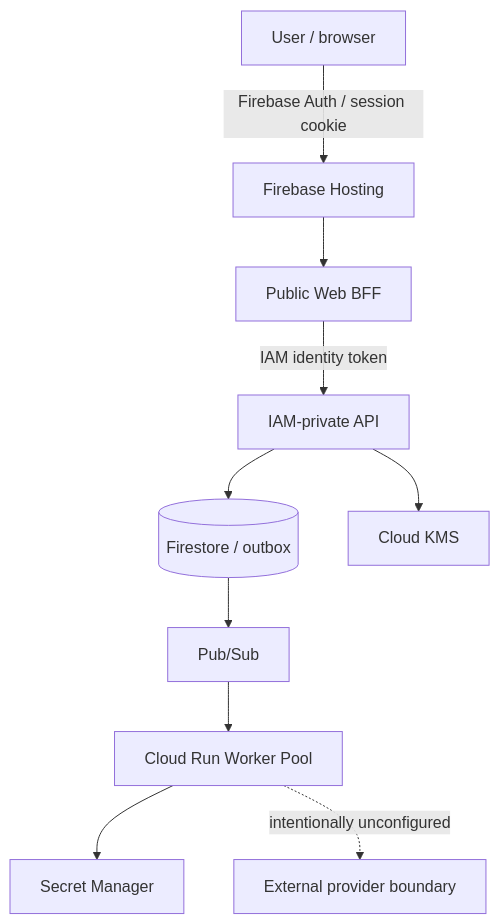
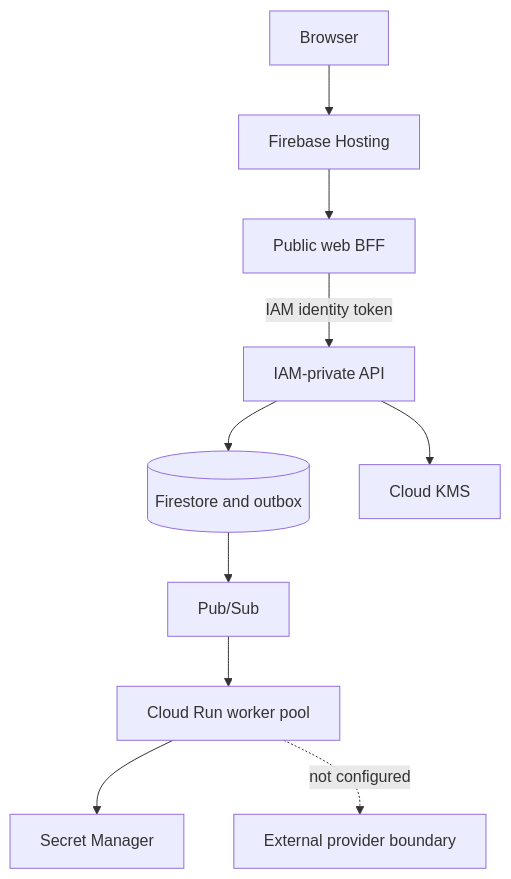
Before and after one commit to Adellaghmari/boundarymesh: the diagram in docs/ARCHITECTURE.md, drawn with Mermaid. The commit also changed other lines of this file and 81 other files, not shown here.

````diff
--- a/docs/ARCHITECTURE.md
+++ b/docs/ARCHITECTURE.md
@@ -31,23 +26,23 @@
 ```mermaid
 flowchart TD
-  user[User / browser]
+  user[Browser]
   hosting[Firebase Hosting]
-  bff[Public Web BFF]
+  bff[Public web BFF]
   api[IAM-private API]
-  fs[(Firestore / outbox)]
+  fs[(Firestore and outbox)]
   kms[Cloud KMS]
   sm[Secret Manager]
   ps[Pub/Sub]
-  worker[Cloud Run Worker Pool]
+  worker[Cloud Run worker pool]
   ext[External provider boundary]
 
-  user -->|Firebase Auth / session cookie| hosting
+  user --> hosting
   hosting --> bff
   bff -->|IAM identity token| api
   api --> fs
   api --> kms
   fs --> ps
   ps --> worker
   worker --> sm
-  worker -.->|intentionally unconfigured| ext
+  worker -.->|not configured| ext
 ```
````
